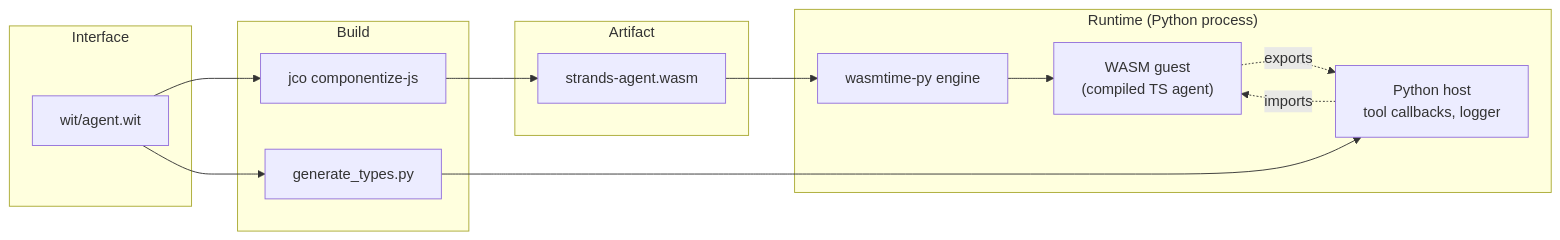
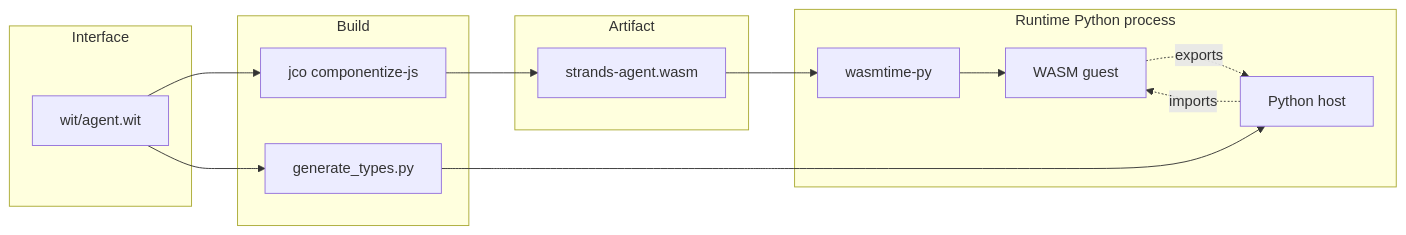
One commit to strands-agents/sdk-typescript changed the first of 2 diagrams in docs/DEMO.md. Above: the diagram before and after it, drawn with Mermaid. The commit also changed other lines of this file and 8 other files, not shown here.

````diff
--- a/docs/DEMO.md
+++ b/docs/DEMO.md
@@ -87,30 +76,30 @@
 ```mermaid
 flowchart LR
-    subgraph contract ["Interface"]
-        WIT["wit/agent.wit"]
+    subgraph contract[Interface]
+        WIT[wit/agent.wit]
     end
 
-    subgraph build ["Build"]
-        JCO["jco componentize-js"]
-        PYGEN["generate_types.py"]
+    subgraph build[Build]
+        JCO[jco componentize-js]
+        PYGEN[generate_types.py]
     end
 
-    subgraph artifact ["Artifact"]
-        WASM["strands-agent.wasm"]
+    subgraph artifact[Artifact]
+        WASM[strands-agent.wasm]
     end
 
-    subgraph runtime ["Runtime (Python process)"]
-        WASMTIME["wasmtime-py engine"]
-        GUEST["WASM guest<br/>(compiled TS agent)"]
-        HOST["Python host<br/>tool callbacks, logger"]
+    subgraph runtime[Runtime Python process]
+        WASMTIME[wasmtime-py]
+        GUEST[WASM guest]
+        HOST[Python host]
     end
 
     WIT --> JCO
     WIT --> PYGEN
     JCO --> WASM
     WASM --> WASMTIME
     WASMTIME --> GUEST
     HOST -.->|imports| GUEST
     GUEST -.->|exports| HOST
     PYGEN --> HOST
 ```
````
